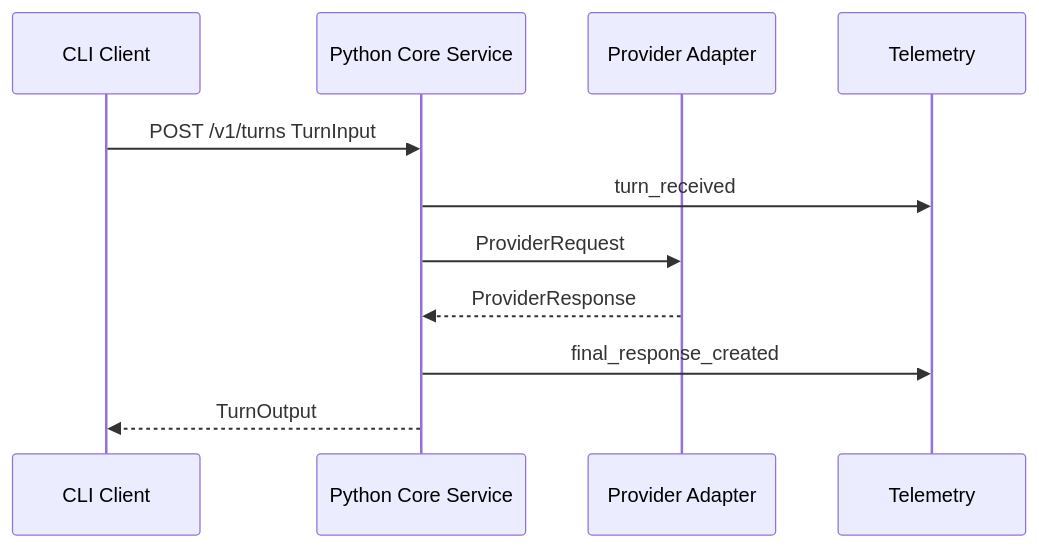
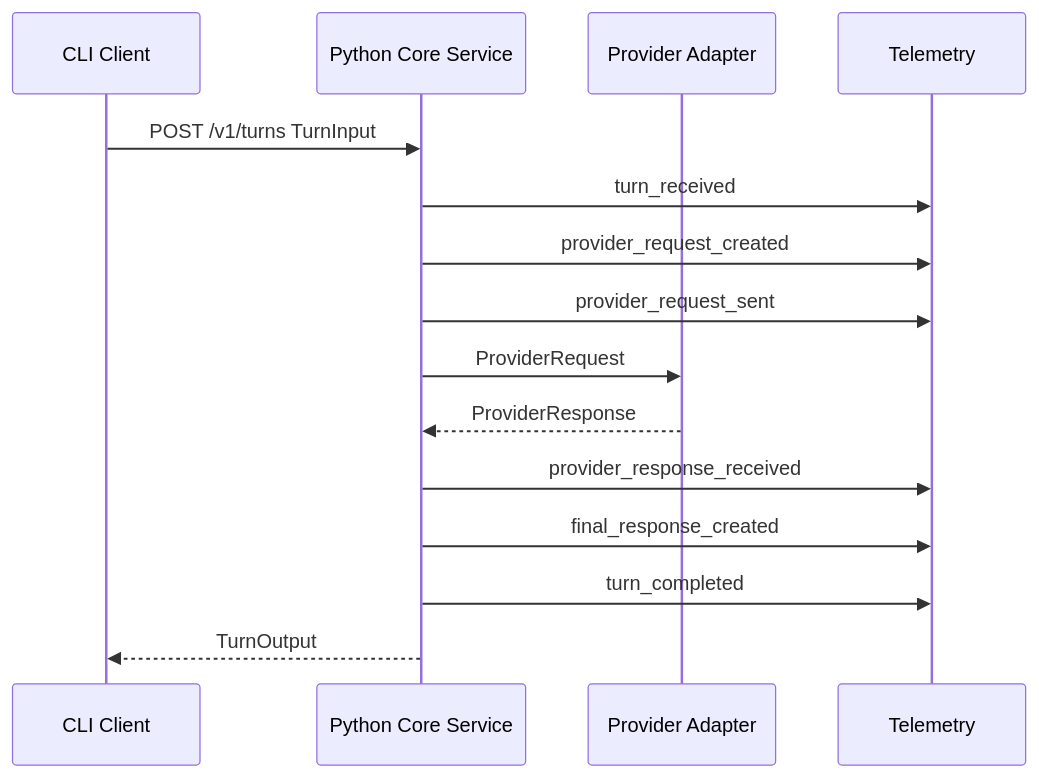
One commit to xRetr00/Marvex changed the diagram in docs/diagrams/v1-process-map.md. Above: the diagram before and after it, drawn with Mermaid. The commit also changed other lines of this file and 26 other files, not shown here.

````diff
--- a/docs/diagrams/v1-process-map.md
+++ b/docs/diagrams/v1-process-map.md
@@ -3,14 +3,18 @@
 ```mermaid
 sequenceDiagram
   participant CLI as CLI Client
   participant Core as Python Core Service
   participant Provider as Provider Adapter
   participant Telemetry as Telemetry
 
   CLI->>Core: POST /v1/turns TurnInput
   Core->>Telemetry: turn_received
+  Core->>Telemetry: provider_request_created
+  Core->>Telemetry: provider_request_sent
   Core->>Provider: ProviderRequest
   Provider-->>Core: ProviderResponse
+  Core->>Telemetry: provider_response_received
   Core->>Telemetry: final_response_created
+  Core->>Telemetry: turn_completed
   Core-->>CLI: TurnOutput
 ```
````
